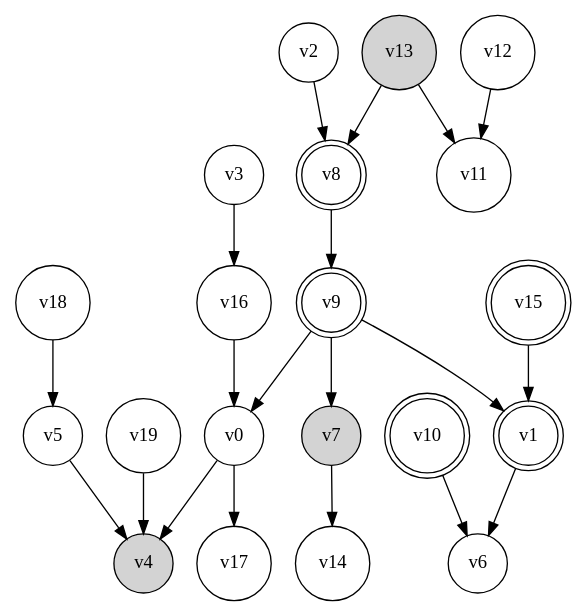
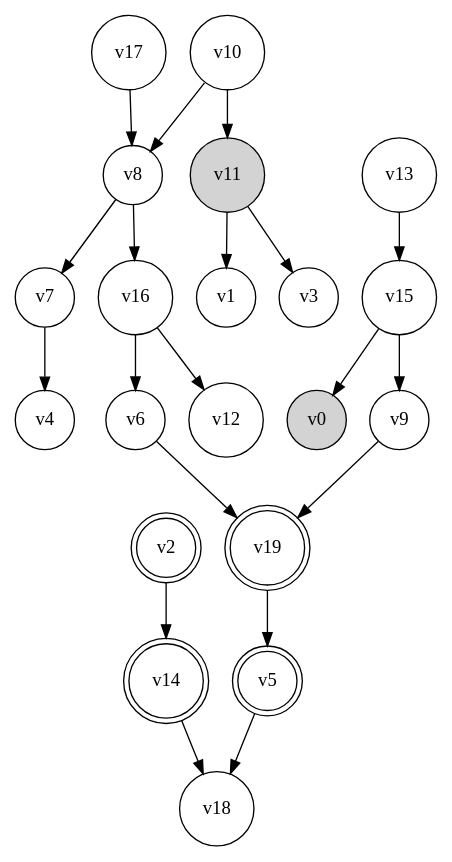
One commit to arthurhaiying/TestingBayesianNetwork changed the diagram in polytree_query_0.gv. Above: the diagram before and after it, drawn with Graphviz. The commit also changed 116 other files, not shown here.

```diff
--- a/polytree_query_0.gv
+++ b/polytree_query_0.gv
@@ -1,42 +1,42 @@
 digraph {
 	rankdir=TD
-	v0 [shape=circle]
-	v1 [shape=doublecircle]
-	v2 [shape=circle]
+	v0 [shape=circle style=filled]
+	v1 [shape=circle]
+	v2 [shape=doublecircle]
 	v3 [shape=circle]
-	v4 [shape=circle style=filled]
-	v5 [shape=circle]
+	v4 [shape=circle]
+	v5 [shape=doublecircle]
 	v6 [shape=circle]
-	v7 [shape=circle style=filled]
-	v8 [shape=doublecircle]
-	v9 [shape=doublecircle]
-	v10 [shape=doublecircle]
-	v11 [shape=circle]
+	v7 [shape=circle]
+	v8 [shape=circle]
+	v9 [shape=circle]
+	v10 [shape=circle]
+	v11 [shape=circle style=filled]
 	v12 [shape=circle]
-	v13 [shape=circle style=filled]
-	v14 [shape=circle]
-	v15 [shape=doublecircle]
+	v13 [shape=circle]
+	v14 [shape=doublecircle]
+	v15 [shape=circle]
 	v16 [shape=circle]
 	v17 [shape=circle]
 	v18 [shape=circle]
-	v19 [shape=circle]
-	v0 -> v4
-	v0 -> v17
-	v1 -> v6
-	v2 -> v8
-	v3 -> v16
-	v5 -> v4
-	v7 -> v14
-	v8 -> v9
-	v9 -> v7
-	v9 -> v1
-	v9 -> v0
-	v10 -> v6
-	v12 -> v11
-	v13 -> v11
-	v13 -> v8
-	v15 -> v1
-	v16 -> v0
-	v18 -> v5
-	v19 -> v4
+	v19 [shape=doublecircle]
+	v2 -> v14
+	v5 -> v18
+	v6 -> v19
+	v7 -> v4
+	v8 -> v7
+	v8 -> v16
+	v9 -> v19
+	v10 -> v8
+	v10 -> v11
+	v11 -> v1
+	v11 -> v3
+	v13 -> v15
+	v14 -> v18
+	v15 -> v0
+	v15 -> v9
+	v16 -> v12
+	v16 -> v6
+	v17 -> v8
+	v19 -> v5
 }
```
